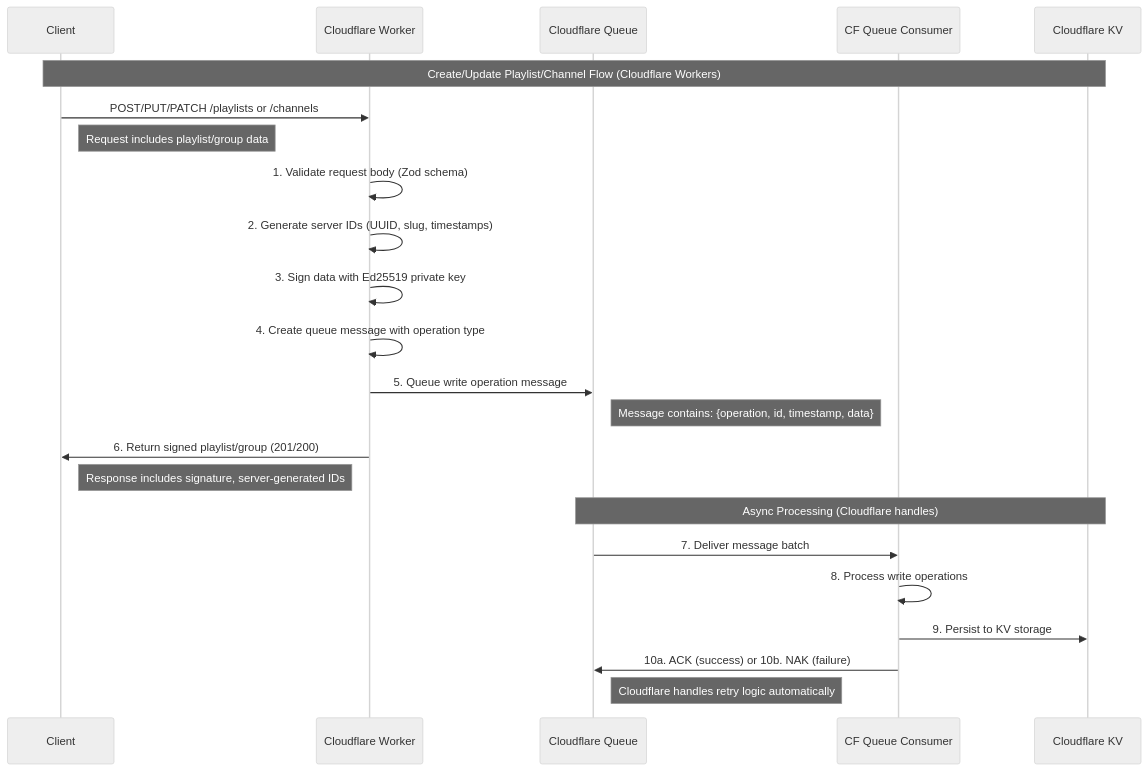
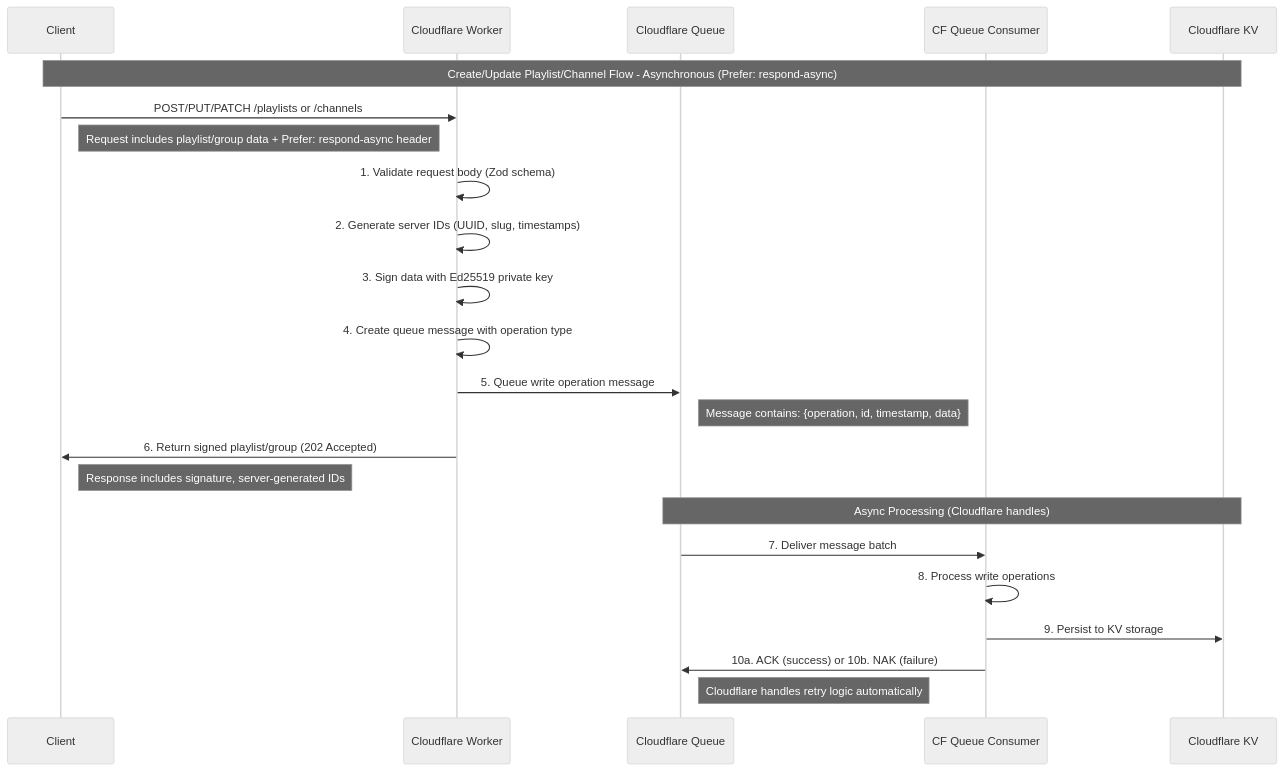
Before and after one commit to feral-file/dp1-feed: the second of 8 diagrams in DIAGRAM.md, drawn with Mermaid (neutral theme). The commit also changed other lines of this file and 2 other files, not shown here.

````diff
--- a/DIAGRAM.md
+++ b/DIAGRAM.md
@@ -36,32 +67,32 @@
 ```mermaid
 sequenceDiagram
     participant Client
     participant CF_Worker as Cloudflare Worker
     participant CF_Queue as Cloudflare Queue
     participant CF_Consumer as CF Queue Consumer
     participant CF_KV as Cloudflare KV
 
-    Note over Client,CF_KV: Create/Update Playlist/Channel Flow (Cloudflare Workers)
+    Note over Client,CF_KV: Create/Update Playlist/Channel Flow - Asynchronous (Prefer: respond-async)
 
     Client->>CF_Worker: POST/PUT/PATCH /playlists or /channels
-    Note right of Client: Request includes playlist/group data
+    Note right of Client: Request includes playlist/group data + Prefer: respond-async header
 
     CF_Worker->>CF_Worker: 1. Validate request body (Zod schema)
     CF_Worker->>CF_Worker: 2. Generate server IDs (UUID, slug, timestamps)
     CF_Worker->>CF_Worker: 3. Sign data with Ed25519 private key
     CF_Worker->>CF_Worker: 4. Create queue message with operation type
 
     CF_Worker->>CF_Queue: 5. Queue write operation message
     Note right of CF_Queue: Message contains: {operation, id, timestamp, data}
 
-    CF_Worker->>Client: 6. Return signed playlist/group (201/200)
+    CF_Worker->>Client: 6. Return signed playlist/group (202 Accepted)
     Note right of Client: Response includes signature, server-generated IDs
 
     Note over CF_Queue,CF_KV: Async Processing (Cloudflare handles)
 
     CF_Queue->>CF_Consumer: 7. Deliver message batch
     CF_Consumer->>CF_Consumer: 8. Process write operations
     CF_Consumer->>CF_KV: 9. Persist to KV storage
     CF_Consumer->>CF_Queue: 10a. ACK (success) or 10b. NAK (failure)
     Note right of CF_Queue: Cloudflare handles retry logic automatically
 ```
````
